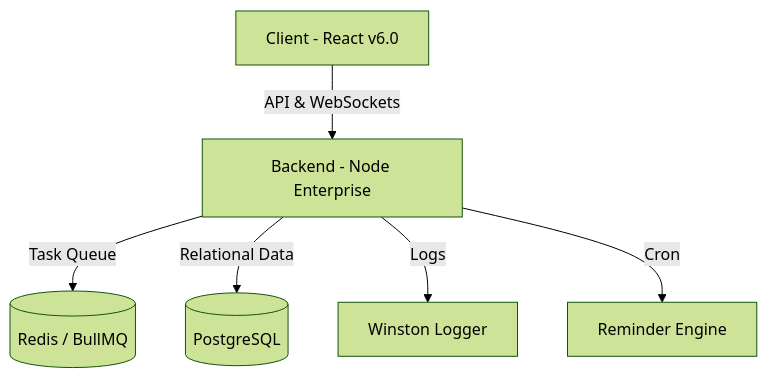
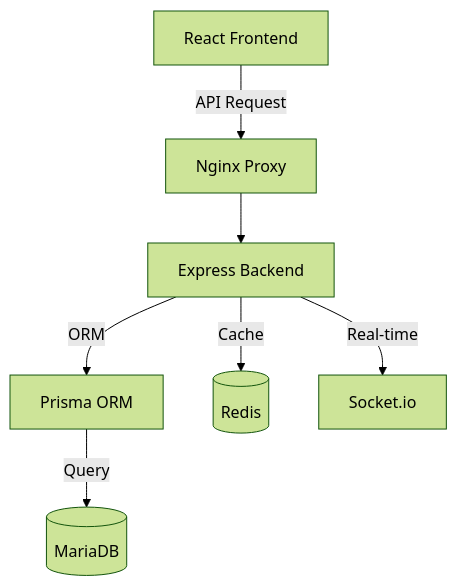
Before and after one commit to gizemakkaya2307-hue/mhrs: the diagram in README.md, drawn with Mermaid (forest theme). The commit also changed other lines of this file and 11 other files, not shown here.

````diff
--- a/README.md
+++ b/README.md
@@ -108,8 +60,9 @@
 ```mermaid
 graph TD
-    A[Client - React v6.0] -->|API & WebSockets| B[Backend - Node Enterprise]
-    B -->|Task Queue| C[(Redis / BullMQ)]
-    B -->|Relational Data| D[(PostgreSQL)]
-    B -->|Logs| E[Winston Logger]
-    B -->|Cron| F[Reminder Engine]
+    Client[React Frontend] -->|API Request| LB[Nginx Proxy]
+    LB --> Server[Express Backend]
+    Server -->|ORM| Prisma[Prisma ORM]
+    Prisma -->|Query| DB[(MariaDB)]
+    Server -->|Cache| Redis[(Redis)]
+    Server -->|Real-time| WS[Socket.io]
 ```
````
